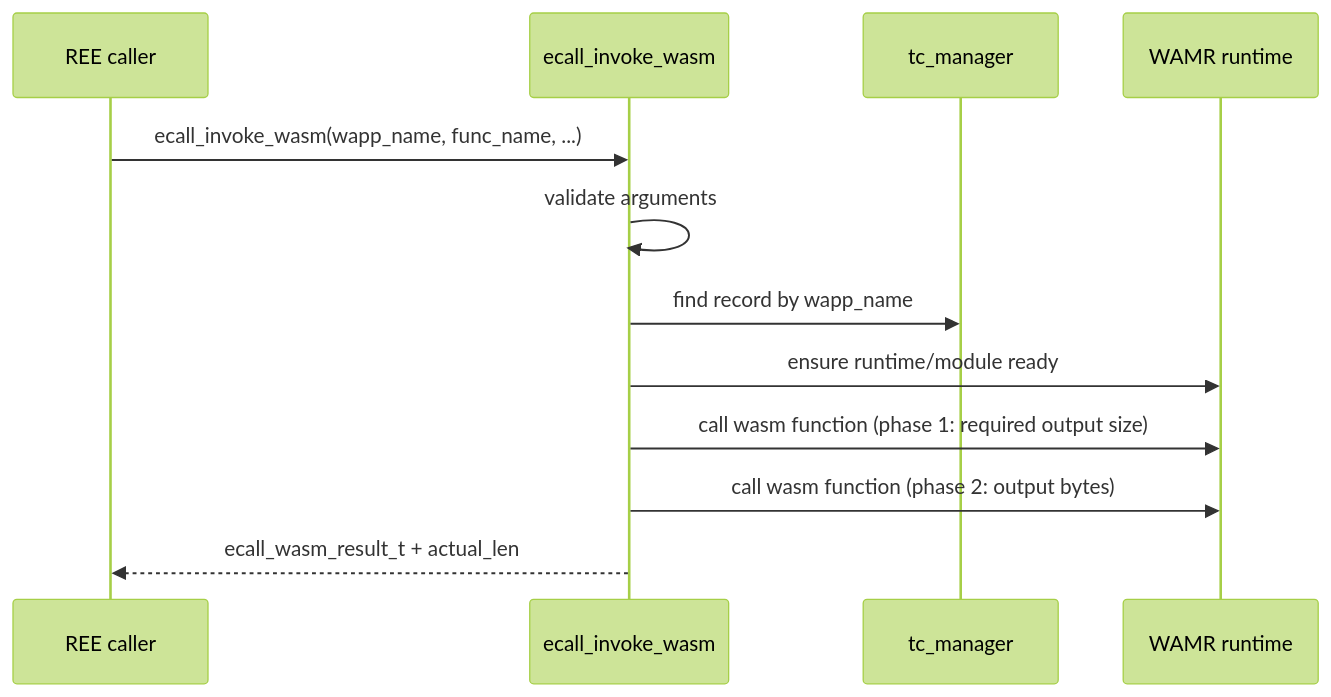
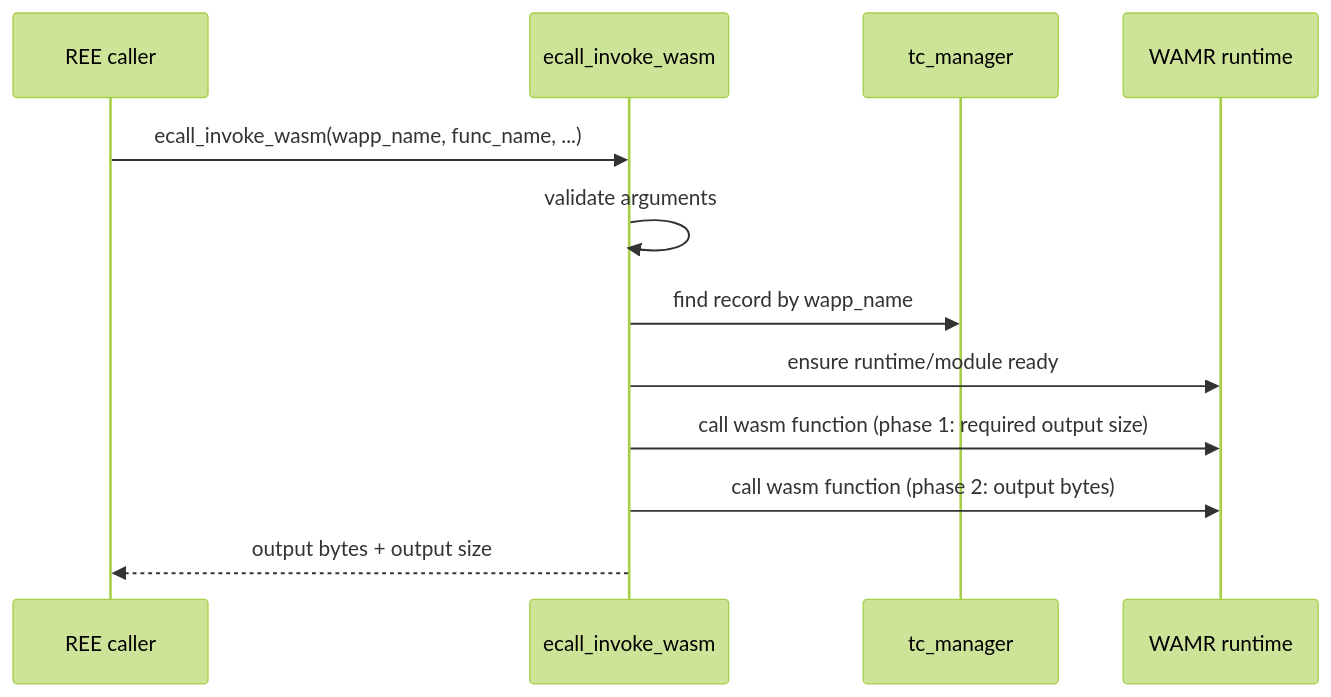
Before and after one commit to yuma-nishi/taws: the diagram in doc/invoke_wasm.md, drawn with Mermaid (forest theme). The commit also changed other lines of this file and 5 other files, not shown here.

````diff
--- a/doc/invoke_wasm.md
+++ b/doc/invoke_wasm.md
@@ -29,15 +29,15 @@
 ```mermaid
 sequenceDiagram
     participant Caller as REE caller
     participant INV as ecall_invoke_wasm
     participant TCM as tc_manager
     participant WAMR as WAMR runtime
 
     Caller->>INV: ecall_invoke_wasm(wapp_name, func_name, ...)
     INV->>INV: validate arguments
     INV->>TCM: find record by wapp_name
     INV->>WAMR: ensure runtime/module ready
     INV->>WAMR: call wasm function (phase 1: required output size)
     INV->>WAMR: call wasm function (phase 2: output bytes)
-    INV-->>Caller: ecall_wasm_result_t + actual_len
+    INV-->>Caller: output bytes + output size
 ```
````
